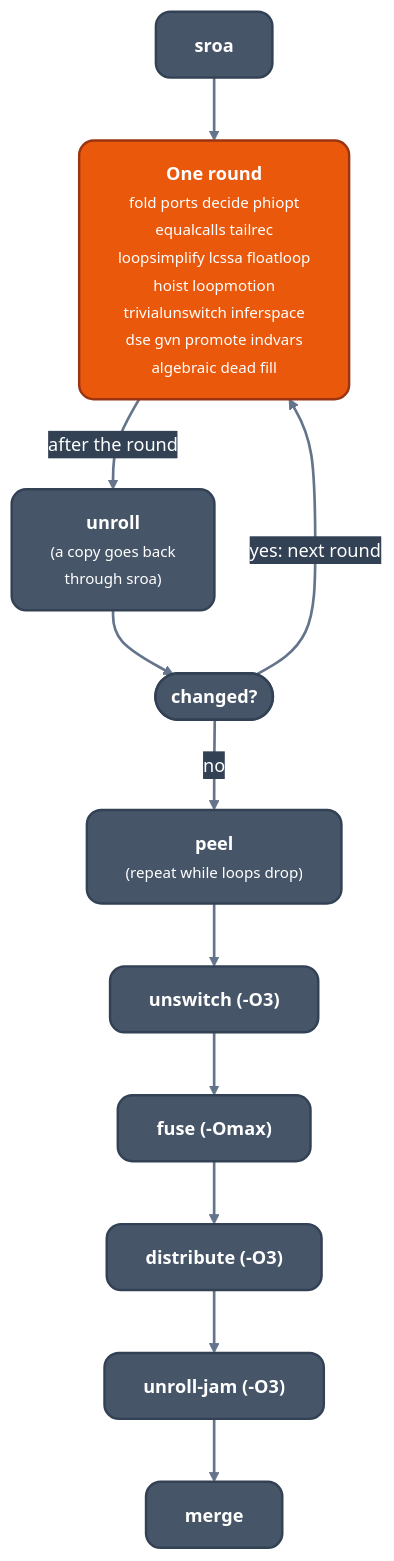
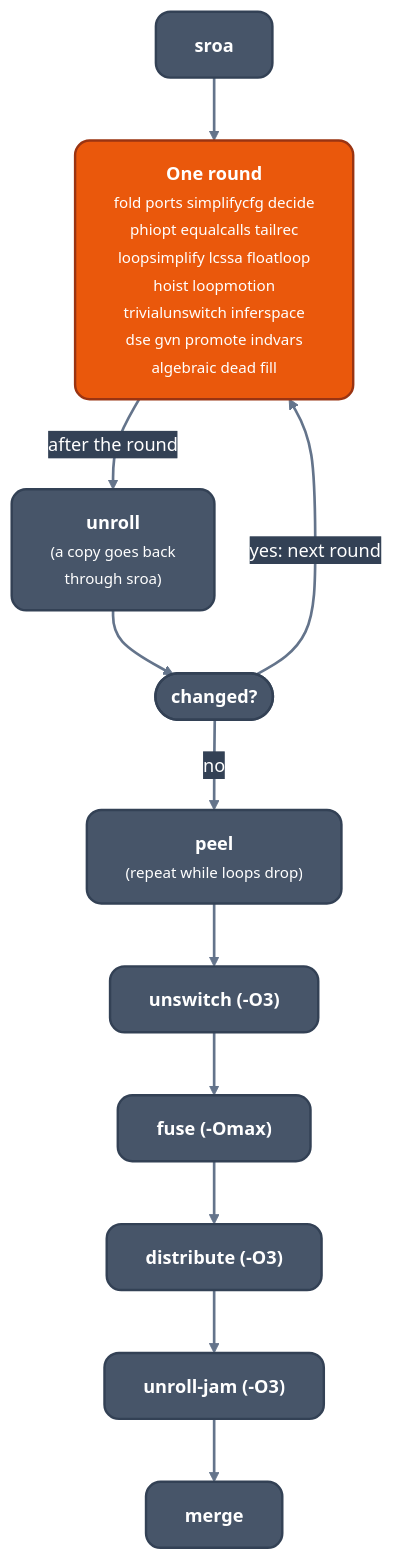
Before and after one commit to ali-mosavian/llrm: the fourth of 6 diagrams in docs/architecture/readme.md, drawn with Mermaid. The commit also changed 9 other files, not shown here.

First line of the commit message:
perf(simplifycfg): terminators on a constant are folded before decide, decide's literal decisions 2,464 to 153

````diff
--- a/docs/architecture/readme.md
+++ b/docs/architecture/readme.md
@@ -165,27 +165,27 @@
 ```mermaid
 %%{init: {'theme':'base','themeVariables':{'fontFamily':'Segoe UI, Helvetica Neue, Arial, DejaVu Sans, sans-serif','fontSize':'15px','primaryColor':'#475569','primaryTextColor':'#ffffff','primaryBorderColor':'#334155','lineColor':'#64748b','secondaryColor':'#475569','tertiaryColor':'transparent','clusterBkg':'transparent','clusterBorder':'#64748b','edgeLabelBackground':'#334155','textColor':'#64748b','titleColor':'#64748b'},'flowchart':{'curve':'basis','nodeSpacing':38,'rankSpacing':52,'padding':16,'wrappingWidth':360,'htmlLabels':true,'useMaxWidth':true}}}%%
 flowchart TB
   classDef mid fill:#475569,stroke:#334155,stroke-width:2px,color:#ffffff,rx:12px,ry:12px
   classDef opt fill:#ea580c,stroke:#9a3412,stroke-width:2px,color:#ffffff,rx:12px,ry:12px
   linkStyle default stroke:#64748b,stroke-width:2.2px
   sroa["<b>sroa</b>"]:::mid
-  round["<b>One round</b><br/><small>fold ports decide phiopt<br/>equalcalls tailrec<br/>loopsimplify lcssa floatloop<br/>hoist loopmotion<br/>trivialunswitch inferspace<br/>dse gvn promote indvars<br/>algebraic dead fill</small>"]:::opt
+  round["<b>One round</b><br/><small>fold ports simplifycfg decide<br/>phiopt equalcalls tailrec<br/>loopsimplify lcssa floatloop<br/>hoist loopmotion<br/>trivialunswitch inferspace<br/>dse gvn promote indvars<br/>algebraic dead fill</small>"]:::opt
   unroll["<b>unroll</b><br/><small>(a copy goes back<br/>through sroa)</small>"]:::mid
   chg(["<b>changed?</b>"]):::mid
   peel["<b>peel</b><br/><small>(repeat while loops drop)</small>"]:::mid
   unsw["<b>unswitch (-O3)</b>"]:::mid
   fu["<b>fuse (-Omax)</b>"]:::mid
   di["<b>distribute (-O3)</b>"]:::mid
   uj["<b>unroll-jam (-O3)</b>"]:::mid
   merge["<b>merge</b>"]:::mid
   sroa --> round
   round -->|"after the round"| unroll
   unroll --> chg
   chg -->|"yes: next round"| round
   chg -->|"no"| peel
   peel --> unsw
   unsw --> fu
   fu --> di
   di --> uj
   uj --> merge
 ```
````
